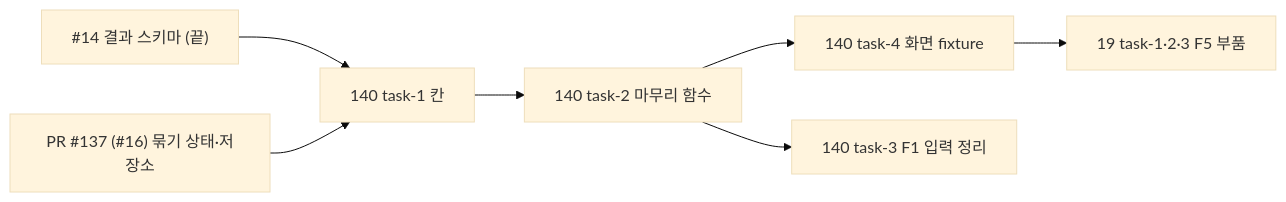
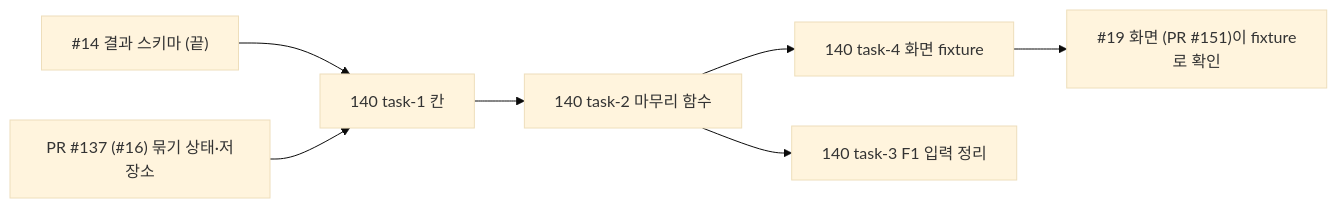
The first of 2 diagrams in docs/features/F5/tasks.md (merge-mates/patent-ai-workspace), drawn with Mermaid (base theme) before and after one commit. The commit also changed other lines of this file and 1 other file, not shown here.

````diff
--- a/docs/features/F5/tasks.md
+++ b/docs/features/F5/tasks.md
@@ -15,9 +15,9 @@
 ```mermaid
 graph LR
     I14["#14 결과 스키마 (끝)"] --> N1["140 task-1 칸"]
     N1 --> N2["140 task-2 마무리 함수"]
     N2 --> N4["140 task-4 화면 fixture"]
     I16["PR #137 (#16) 묶기 상태·저장소"] --> N1
     N2 --> N3["140 task-3 F1 입력 정리"]
-    N4 --> W1["19 task-1·2·3 F5 부품"]
+    N4 --> W1["#19 화면 (PR #151)이 fixture로 확인"]
 ```
````
